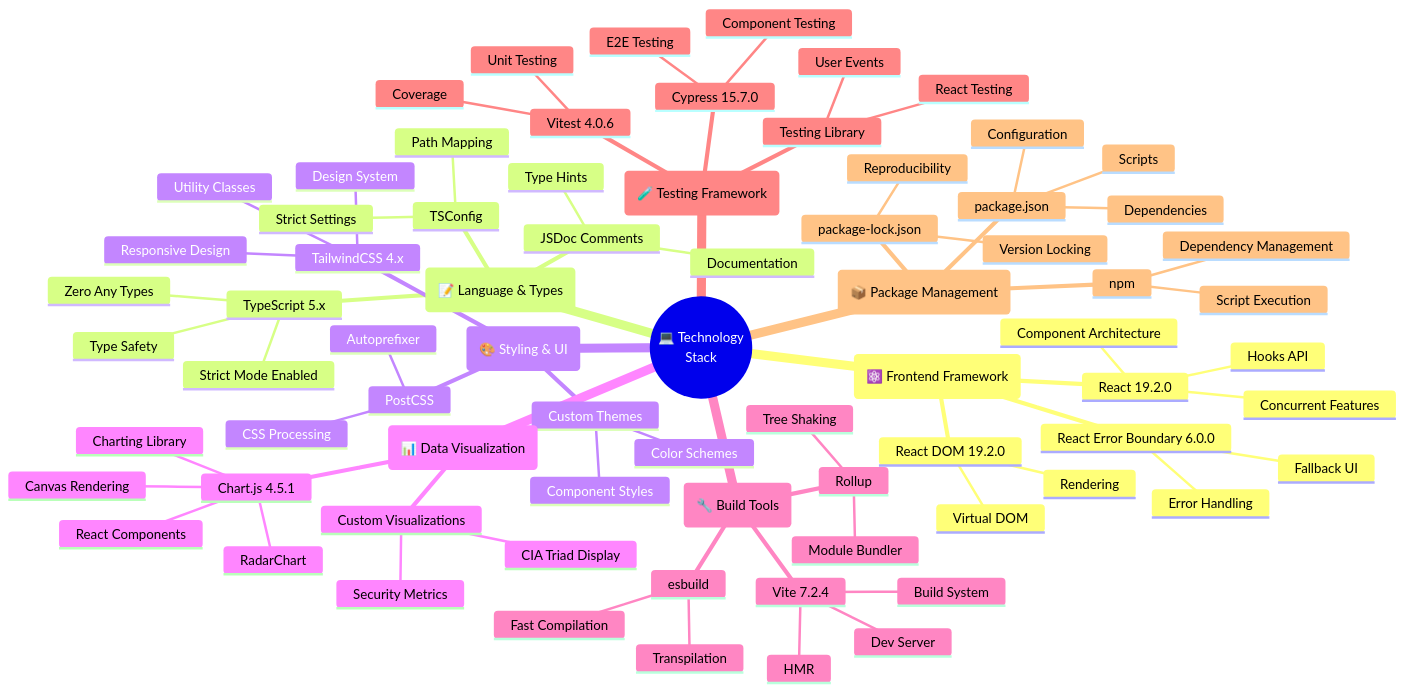
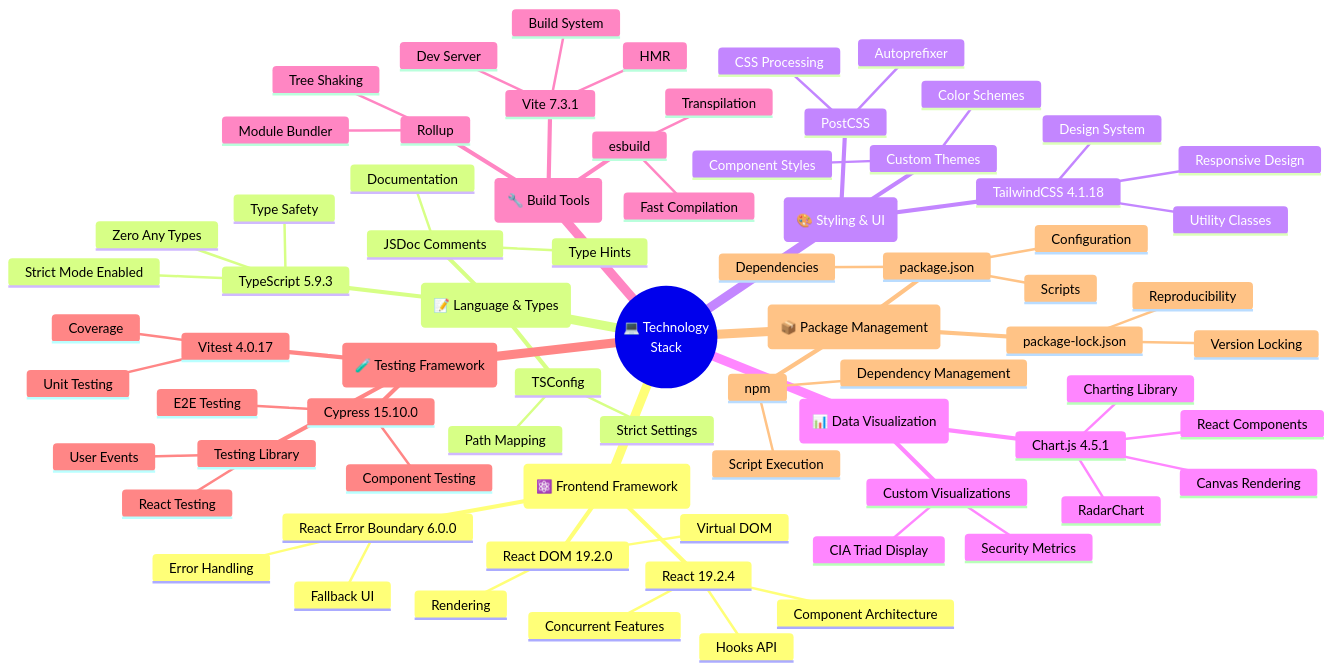
One commit to Hack23/cia-compliance-manager changed the eighth of 13 diagrams in docs/architecture/MINDMAP.md. Above: the diagram before and after it, drawn with Mermaid. The commit also changed other lines of this file and 9 other files, not shown here.

First line of the commit message:
docs: update architecture documents to accurately reflect current system (#974)

````diff
--- a/docs/architecture/MINDMAP.md
+++ b/docs/architecture/MINDMAP.md
@@ -697,78 +697,78 @@
 ```mermaid
 mindmap
   root((💻 Technology<br/>Stack))
     (⚛️ Frontend Framework)
-      React 19.2.0
+      React 19.2.4
         Component Architecture
         Hooks API
         Concurrent Features
       React DOM 19.2.0
         Virtual DOM
         Rendering
       React Error Boundary 6.0.0
         Error Handling
         Fallback UI
     (📝 Language & Types)
-      TypeScript 5.x
+      TypeScript 5.9.3
         Strict Mode Enabled
         Zero Any Types
         Type Safety
       JSDoc Comments
         Documentation
         Type Hints
       TSConfig
         Strict Settings
         Path Mapping
     (🎨 Styling & UI)
-      TailwindCSS 4.x
+      TailwindCSS 4.1.18
         Utility Classes
         Design System
         Responsive Design
       PostCSS
         CSS Processing
         Autoprefixer
       Custom Themes
         Color Schemes
         Component Styles
     (📊 Data Visualization)
       Chart.js 4.5.1
         Charting Library
         Canvas Rendering
         React Components
         RadarChart
       Custom Visualizations
         CIA Triad Display
         Security Metrics
     (🔧 Build Tools)
-      Vite 7.2.4
+      Vite 7.3.1
         Dev Server
         Build System
         HMR
       Rollup
         Module Bundler
         Tree Shaking
       esbuild
         Fast Compilation
         Transpilation
     (🧪 Testing Framework)
-      Vitest 4.0.6
+      Vitest 4.0.17
         Unit Testing
         Coverage
-      Cypress 15.7.0
+      Cypress 15.10.0
         E2E Testing
         Component Testing
       Testing Library
         React Testing
         User Events
     (📦 Package Management)
       npm
         Dependency Management
         Script Execution
       package.json
         Dependencies
         Scripts
         Configuration
       package-lock.json
         Version Locking
         Reproducibility
 ```
````
